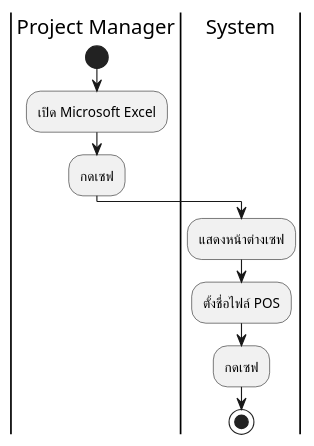
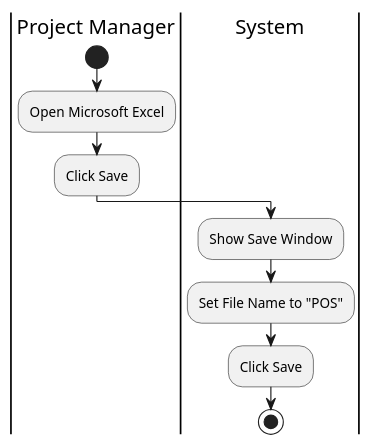
Before and after one commit to Meenkonlapat/RPA-Project: the diagram in User Activity/Process 1 Generate POS/u1-create Excel File.wsd, drawn with PlantUML. The commit also changed 19 other files, not shown here.

```diff
--- a/User Activity/Process 1 Generate POS/u1-create Excel File.wsd
+++ b/User Activity/Process 1 Generate POS/u1-create Excel File.wsd
@@ -1,11 +1,11 @@
 @startuml
 |Project Manager|
 start
-:เปิด Microsoft Excel;
-:กดเซฟ;
+:Open Microsoft Excel;
+:Click Save;
 |System|
-:แสดงหน้าต่างเซฟ;
-:ตั้งชื่อไฟล์ POS;
-:กดเซฟ;
+:Show Save Window;
+:Set File Name to "POS";
+:Click Save;
 stop
 @enduml
```
